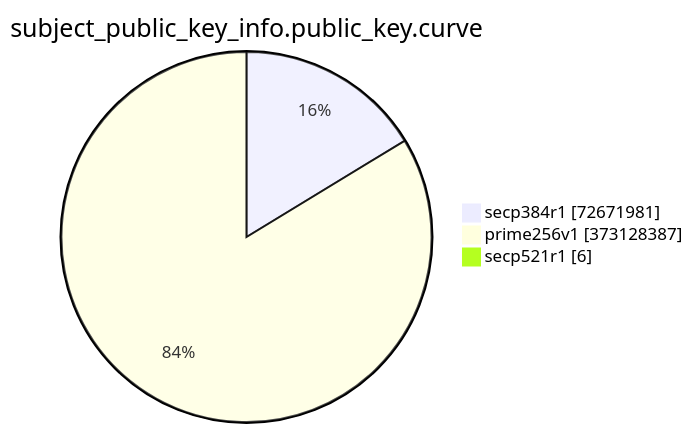
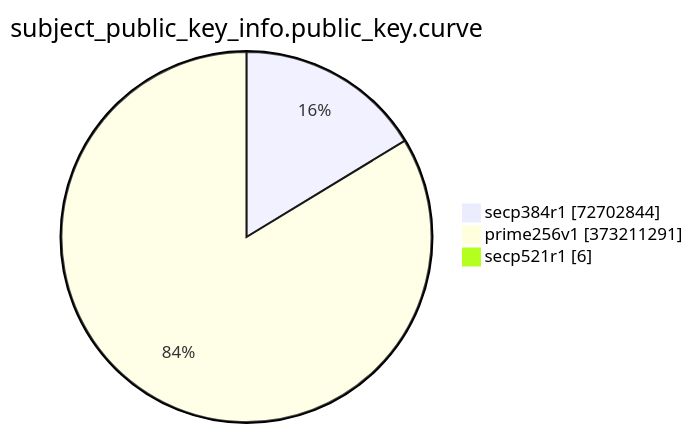
Before and after one commit to christiankrug/ctmonitor_visualization: the eighth of 15 diagrams in TOTAL/README.md, drawn with Mermaid. The commit also changed other lines of this file, not shown here.

````diff
--- a/TOTAL/README.md
+++ b/TOTAL/README.md
@@ -3092,7 +3092,7 @@
 ```mermaid
 pie showData
 title subject_public_key_info.public_key.curve
-"secp384r1" :72671981
-"prime256v1" :373128387
+"secp384r1" :72702844
+"prime256v1" :373211291
 "secp521r1" :6
 ```
````
